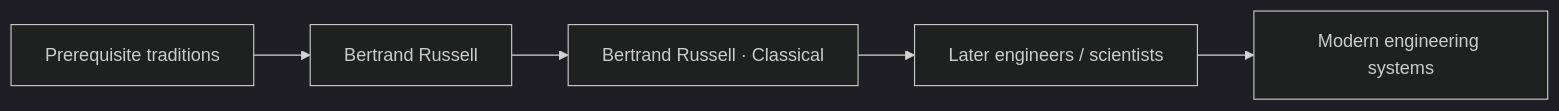
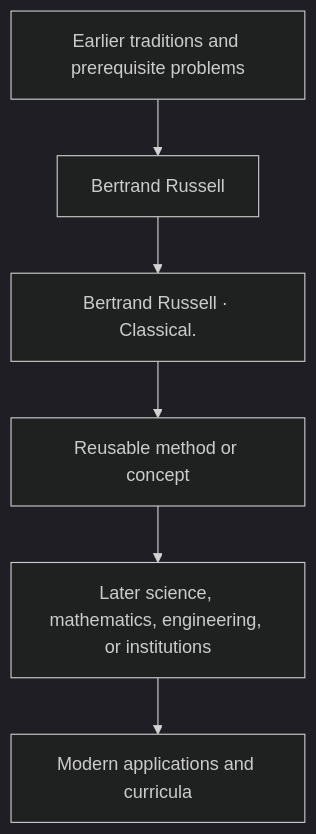
One commit to via-decide/ViaLogic changed the diagram in docs/history/bertrand-russell/influence.md. Above: the diagram before and after it, drawn with Mermaid (dark theme). The commit also changed other lines of this file and 858 other files, not shown here.

````diff
--- a/docs/history/bertrand-russell/influence.md
+++ b/docs/history/bertrand-russell/influence.md
@@ -29,7 +16,8 @@
 ```mermaid
-graph LR
-  prerequisites["Prerequisite traditions"] --> current["Bertrand Russell"]
-  current --> contribution["Bertrand Russell · Classical"]
-  contribution --> successors["Later engineers / scientists"]
-  successors --> modern["Modern engineering systems"]
+graph TD
+  Prior[Earlier traditions and prerequisite problems] --> Person[Bertrand Russell]
+  Person --> Contribution[Bertrand Russell · Classical.]
+  Contribution --> Method[Reusable method or concept]
+  Method --> Later[Later science, mathematics, engineering, or institutions]
+  Later --> Modern[Modern applications and curricula]
 ```
````
